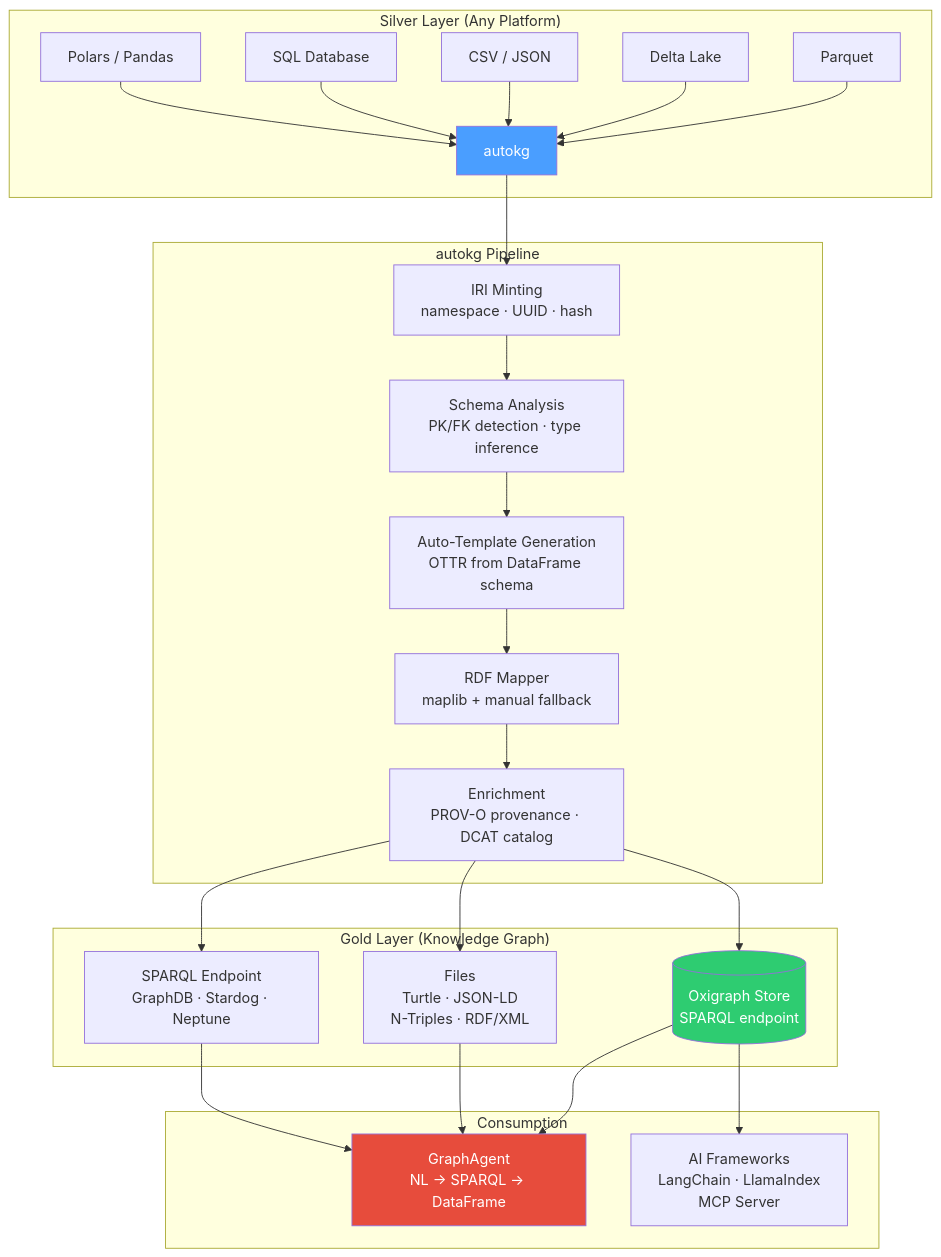
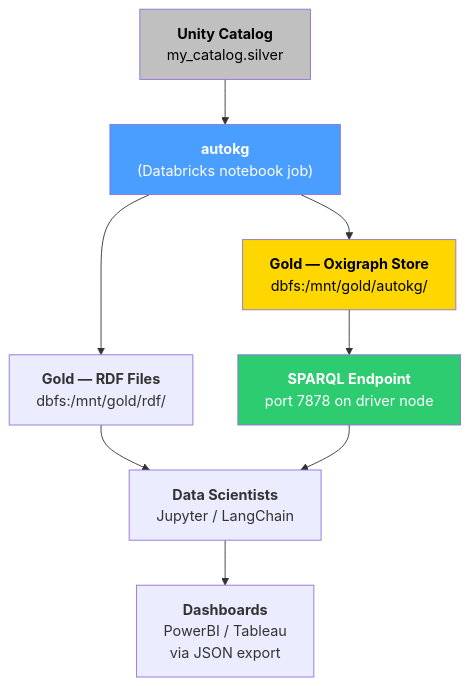
Before and after one commit to kaushikthakur97/autokg: the first of 6 diagrams in README.md, drawn with Mermaid. The commit also changed other lines of this file, not shown here.

````diff
--- a/README.md
+++ b/README.md
@@ -35,35 +129,16 @@
 ```mermaid
-graph TB
-    subgraph "Silver Layer (Any Platform)"
-        A[Parquet] --> C[autokg]
-        B[Delta Lake] --> C
-        D[CSV / JSON] --> C
-        E[SQL Database] --> C
-        F[Polars / Pandas] --> C
-    end
-
-    subgraph "autokg Pipeline"
-        C --> G[IRI Minting<br/>namespace · UUID · hash]
-        G --> H[Schema Analysis<br/>PK/FK detection · type inference]
-        H --> I[Auto-Template Generation<br/>OTTR from DataFrame schema]
-        I --> J[RDF Mapper<br/>maplib + manual fallback]
-        J --> K[Enrichment<br/>PROV-O provenance · DCAT catalog]
-    end
-
-    subgraph "Gold Layer (Knowledge Graph)"
-        K --> L[(Oxigraph Store<br/>SPARQL endpoint)]
-        K --> M[Files<br/>Turtle · JSON-LD<br/>N-Triples · RDF/XML]
-        K --> N[SPARQL Endpoint<br/>GraphDB · Stardog · Neptune]
-    end
-
-    subgraph "Consumption"
-        L --> O[GraphAgent<br/>NL → SPARQL → DataFrame]
-        L --> P[AI Frameworks<br/>LangChain · LlamaIndex<br/>MCP Server]
-        M --> O
-        N --> O
-    end
-
-    style C fill:#4a9eff,color:#fff
-    style L fill:#2ecc71,color:#fff
-    style O fill:#e74c3c,color:#fff
+flowchart TD
+    A["<b>Unity Catalog</b><br/>my_catalog.silver"] 
+    A --> B["<b>autokg</b><br/>(Databricks notebook job)"]
+    B --> C["<b>Gold — Oxigraph Store</b><br/>dbfs:/mnt/gold/autokg/"]
+    B --> D["<b>Gold — RDF Files</b><br/>dbfs:/mnt/gold/rdf/"]
+    C --> E["<b>SPARQL Endpoint</b><br/>port 7878 on driver node"]
+    D --> F["<b>Data Scientists</b><br/>Jupyter / LangChain"]
+    E --> F
+    F --> G["<b>Dashboards</b><br/>PowerBI / Tableau<br/>via JSON export"]
+    
+    style A fill:#c0c0c0,color:#000
+    style B fill:#4a9eff,color:#fff
+    style C fill:#ffd700,color:#000
+    style E fill:#2ecc71,color:#fff
 ```
````
